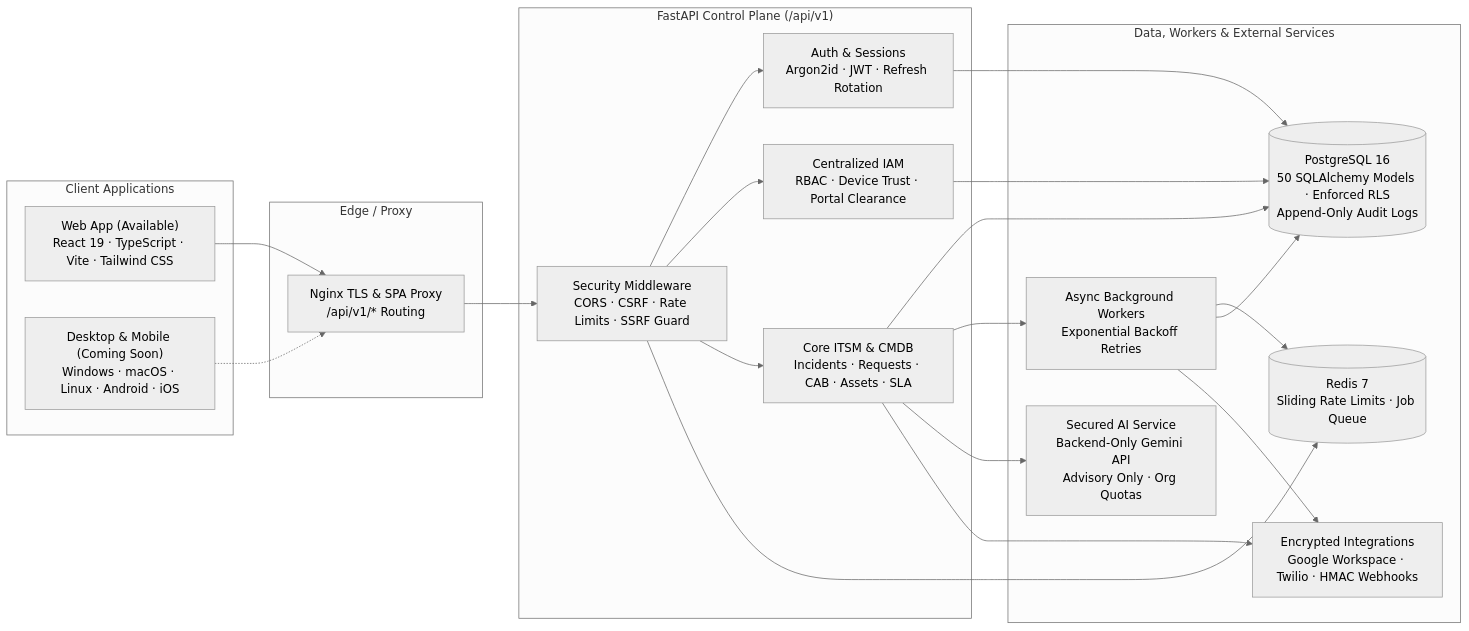
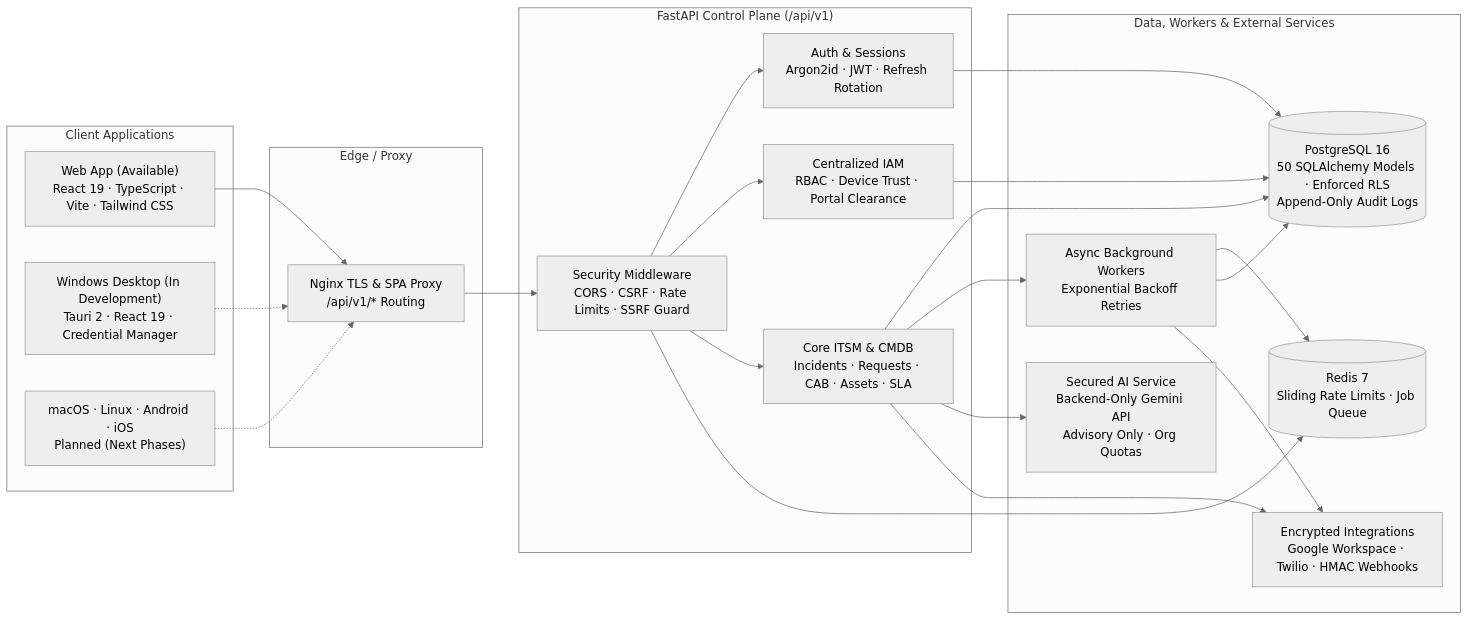
One commit to neerejsuresan-njuretech/Scribble-IT-Test changed the diagram in README.md. Above: the diagram before and after it, drawn with Mermaid (neutral theme). The commit also changed other lines of this file and 39 other files, not shown here.

First line of the commit message:
feat: add Tauri desktop support and deep linking

````diff
--- a/README.md
+++ b/README.md
@@ -90,43 +90,45 @@
 ```mermaid
 flowchart LR
   subgraph Clients["Client Applications"]
     Web["Web App (Available)<br/>React 19 · TypeScript · Vite · Tailwind CSS"]
-    Native["Desktop & Mobile (Coming Soon)<br/>Windows · macOS · Linux · Android · iOS"]
+    Win["Windows Desktop (In Development)<br/>Tauri 2 · React 19 · Credential Manager"]
+    Native["macOS · Linux · Android · iOS<br/>Planned (Next Phases)"]
   end
 
   subgraph Edge["Edge / Proxy"]
     Nginx["Nginx TLS & SPA Proxy<br/>/api/v1/* Routing"]
   end
 
   subgraph Core["FastAPI Control Plane (/api/v1)"]
     Auth["Auth & Sessions<br/>Argon2id · JWT · Refresh Rotation"]
     IAM["Centralized IAM<br/>RBAC · Device Trust · Portal Clearance"]
     ITSM["Core ITSM & CMDB<br/>Incidents · Requests · CAB · Assets · SLA"]
     Guard["Security Middleware<br/>CORS · CSRF · Rate Limits · SSRF Guard"]
   end
 
   subgraph Data["Data, Workers & External Services"]
     PG[("PostgreSQL 16<br/>50 SQLAlchemy Models · Enforced RLS<br/>Append-Only Audit Logs")]
     Redis[("Redis 7<br/>Sliding Rate Limits · Job Queue")]
     Workers["Async Background Workers<br/>Exponential Backoff Retries"]
     AI["Secured AI Service<br/>Backend-Only Gemini API<br/>Advisory Only · Org Quotas"]
     Ext["Encrypted Integrations<br/>Google Workspace · Twilio · HMAC Webhooks"]
   end
 
   Web --> Nginx
+  Win -.-> Nginx
   Native -.-> Nginx
   Nginx --> Guard
   Guard --> Auth
   Guard --> IAM
   Guard --> ITSM
   Auth --> PG
   IAM --> PG
   ITSM --> PG
   Guard --> Redis
   ITSM --> Workers
   Workers --> Redis
   Workers --> PG
   ITSM --> AI
   ITSM --> Ext
   Workers --> Ext
 ```
````
